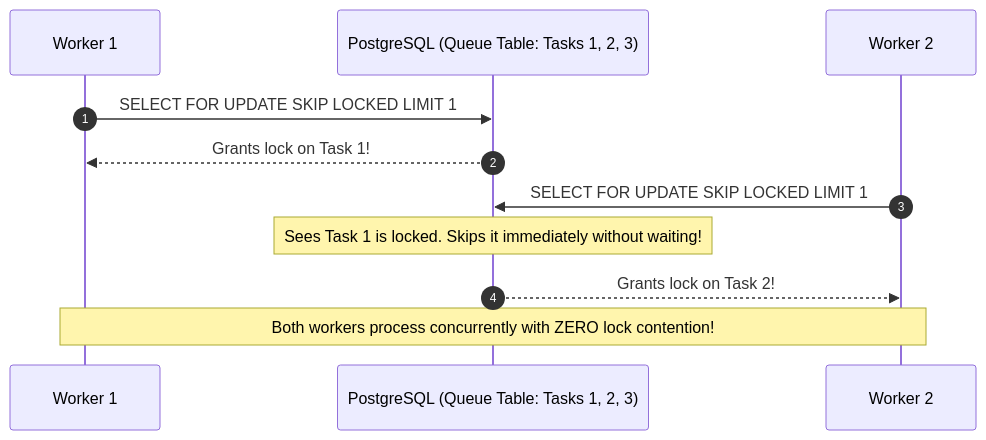
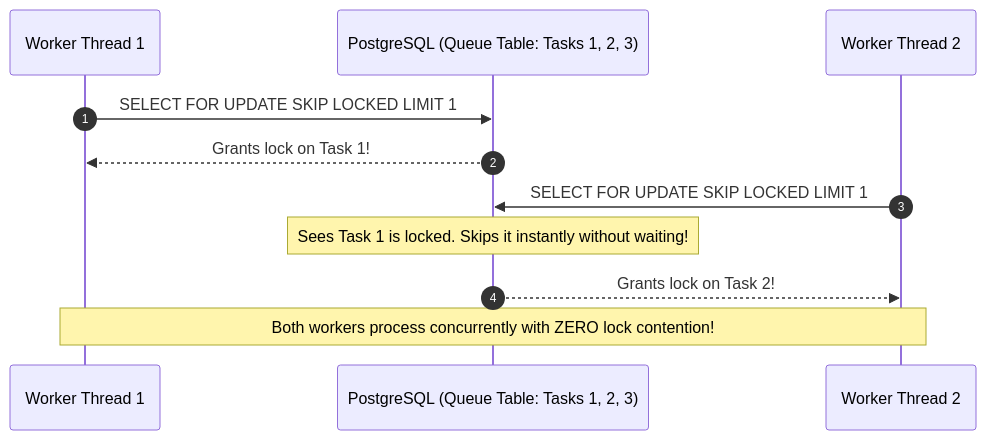
Before and after one commit to weaponxwolf/backend-engineering-mastry: the sixth of 6 diagrams in docs/database/locking-isolation.mdx, drawn with Mermaid. The commit also changed other lines of this file and 14 other files, not shown here.

Commit message:
docs: refactor and expand JPA and Hibernate architecture guide with physical memory and performance insights

````diff
--- a/docs/database/locking-isolation.mdx
+++ b/docs/database/locking-isolation.mdx
@@ -252,16 +277,16 @@
 ```mermaid
 sequenceDiagram
     autonumber
-    participant W1 as Worker 1
+    participant W1 as Worker Thread 1
     participant DB as PostgreSQL (Queue Table: Tasks 1, 2, 3)
-    participant W2 as Worker 2
+    participant W2 as Worker Thread 2
 
     W1->>DB: SELECT FOR UPDATE SKIP LOCKED LIMIT 1
     DB-->>W1: Grants lock on Task 1!
     
     W2->>DB: SELECT FOR UPDATE SKIP LOCKED LIMIT 1
-    Note over DB: Sees Task 1 is locked. Skips it immediately without waiting!
+    Note over DB: Sees Task 1 is locked. Skips it instantly without waiting!
     DB-->>W2: Grants lock on Task 2!
     
     Note over W1,W2: Both workers process concurrently with ZERO lock contention!
 ```
````
